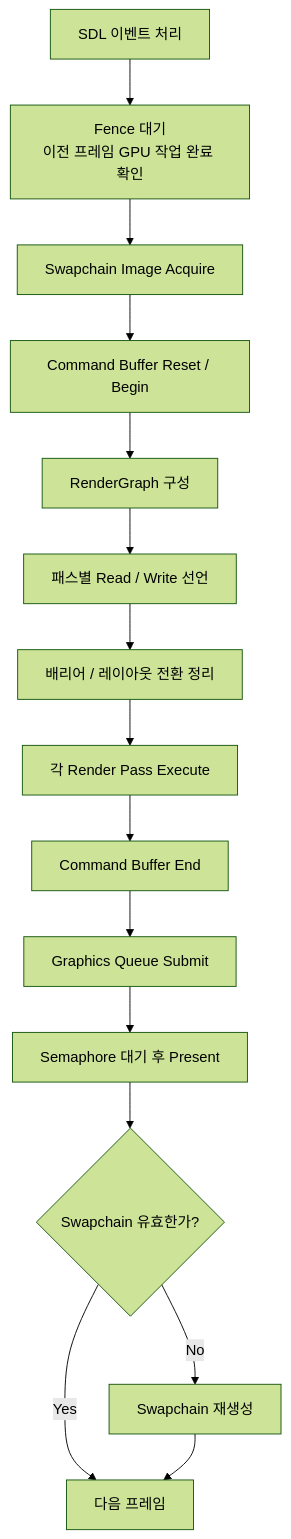
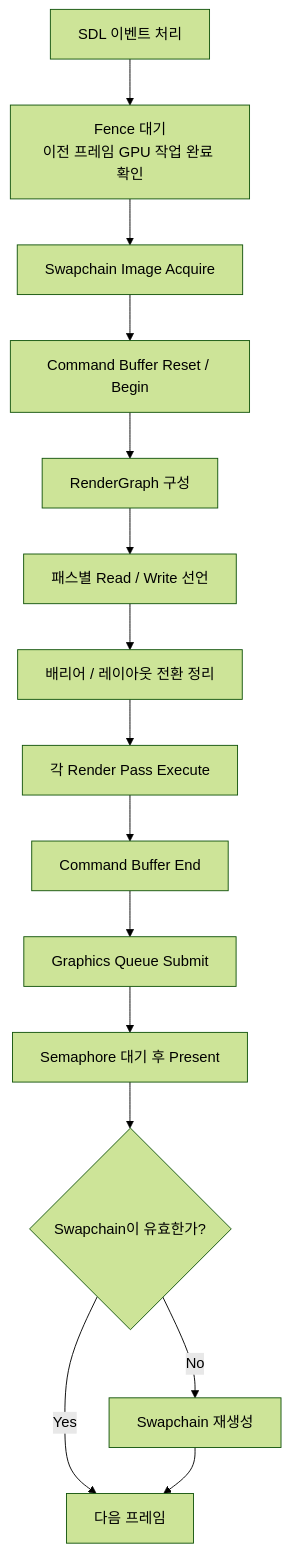
One commit to haelime/haelime.github.io changed the first of 3 diagrams in _posts/2026-04-06-tech-blog-start.md. Above: the diagram before and after it, drawn with Mermaid (forest theme). The commit also changed other lines of this file and 1 other file, not shown here.

````diff
--- a/_posts/2026-04-06-tech-blog-start.md
+++ b/_posts/2026-04-06-tech-blog-start.md
@@ -54,17 +54,17 @@
 ```mermaid
 flowchart TD
     A[SDL 이벤트 처리] --> B[Fence 대기<br/>이전 프레임 GPU 작업 완료 확인]
     B --> C[Swapchain Image Acquire]
     C --> D[Command Buffer Reset / Begin]
     D --> E[RenderGraph 구성]
     E --> F[패스별 Read / Write 선언]
     F --> G[배리어 / 레이아웃 전환 정리]
     G --> H[각 Render Pass Execute]
     H --> I[Command Buffer End]
     I --> J[Graphics Queue Submit]
     J --> K[Semaphore 대기 후 Present]
-    K --> L{Swapchain 유효한가?}
+    K --> L{Swapchain이 유효한가?}
     L -->|Yes| M[다음 프레임]
     L -->|No| N[Swapchain 재생성]
     N --> M
 ```
````
